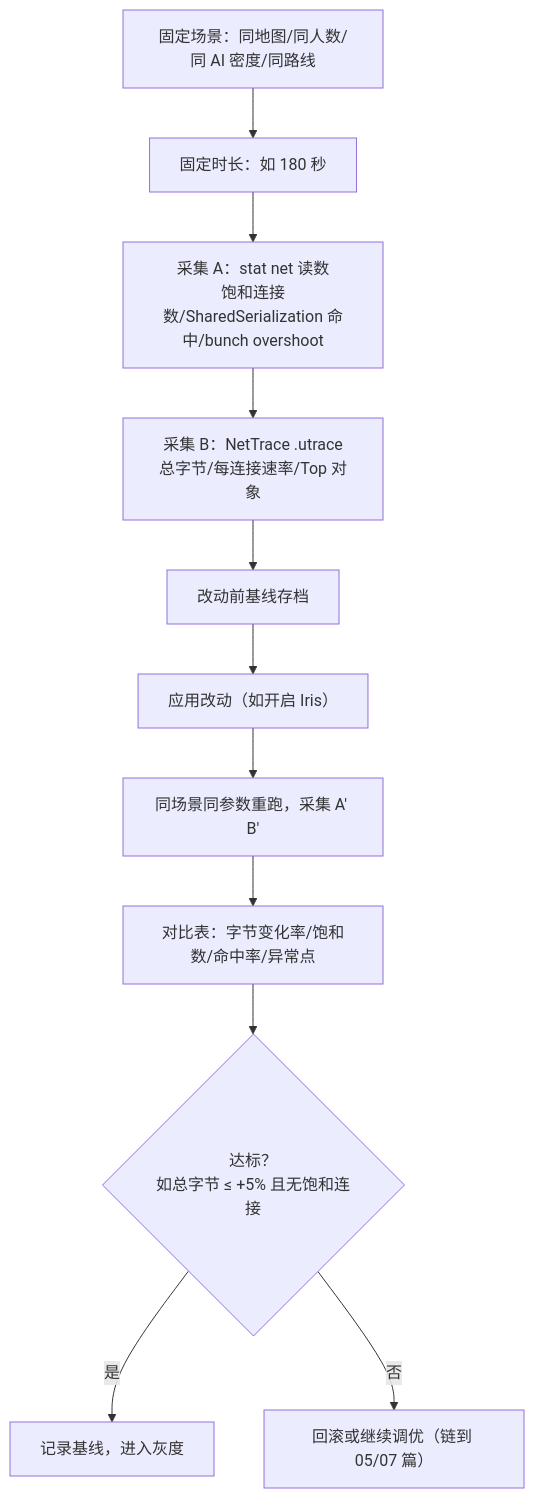
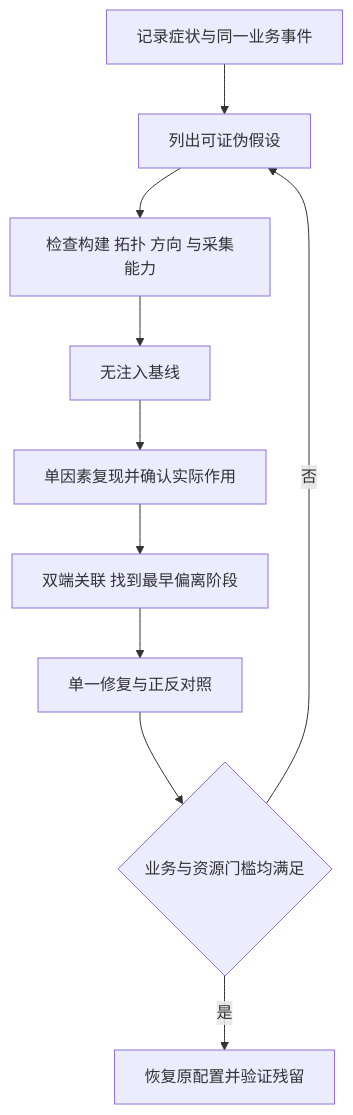
Before and after one commit to fantuan812/learning: the diagram in 知识/07-网络与游戏服务端/状态复制与兴趣管理/08-网络调试与性能分析.md, drawn with Mermaid. The commit also changed other lines of this file and 2 other files, not shown here.

````diff
--- a/知识/07-网络与游戏服务端/状态复制与兴趣管理/08-网络调试与性能分析.md
+++ b/知识/07-网络与游戏服务端/状态复制与兴趣管理/08-网络调试与性能分析.md
@@ -212,13 +66,12 @@
 ```mermaid
 flowchart TD
-    A["固定场景：同地图/同人数/同 AI 密度/同路线"] --> B["固定时长：如 180 秒"]
-    B --> C["采集 A：stat net 读数<br/>饱和连接数/SharedSerialization 命中/bunch overshoot"]
-    C --> D["采集 B：NetTrace .utrace<br/>总字节/每连接速率/Top 对象"]
-    D --> E["改动前基线存档"]
-    E --> F["应用改动（如开启 Iris）"]
-    F --> G["同场景同参数重跑，采集 A' B'"]
-    G --> H["对比表：字节变化率/饱和数/命中率/异常点"]
-    H --> I{"达标？<br/>如总字节 ≤ +5% 且无饱和连接"}
-    I -->|是| J["记录基线，进入灰度"]
-    I -->|否| K["回滚或继续调优（链到 05/07 篇）"]
+  A[记录症状与同一业务事件] --> B[列出可证伪假设]
+  B --> C[检查构建 拓扑 方向 与采集能力]
+  C --> D[无注入基线]
+  D --> E[单因素复现并确认实际作用]
+  E --> F[双端关联 找到最早偏离阶段]
+  F --> G[单一修复与正反对照]
+  G --> H{业务与资源门槛均满足}
+  H -->|否| B
+  H -->|是| I[恢复原配置并验证残留]
 ```
````
